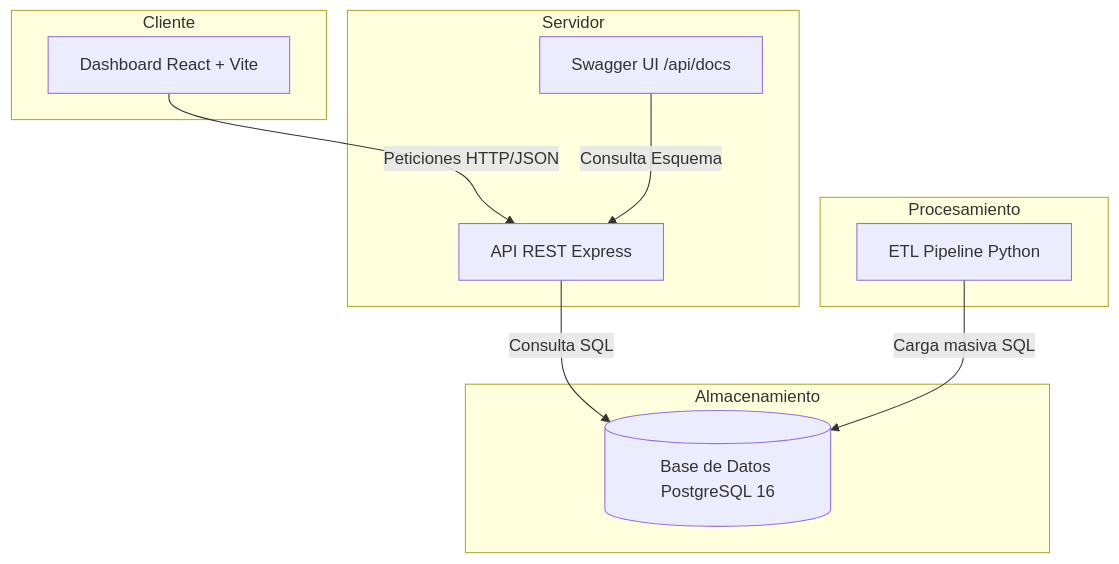
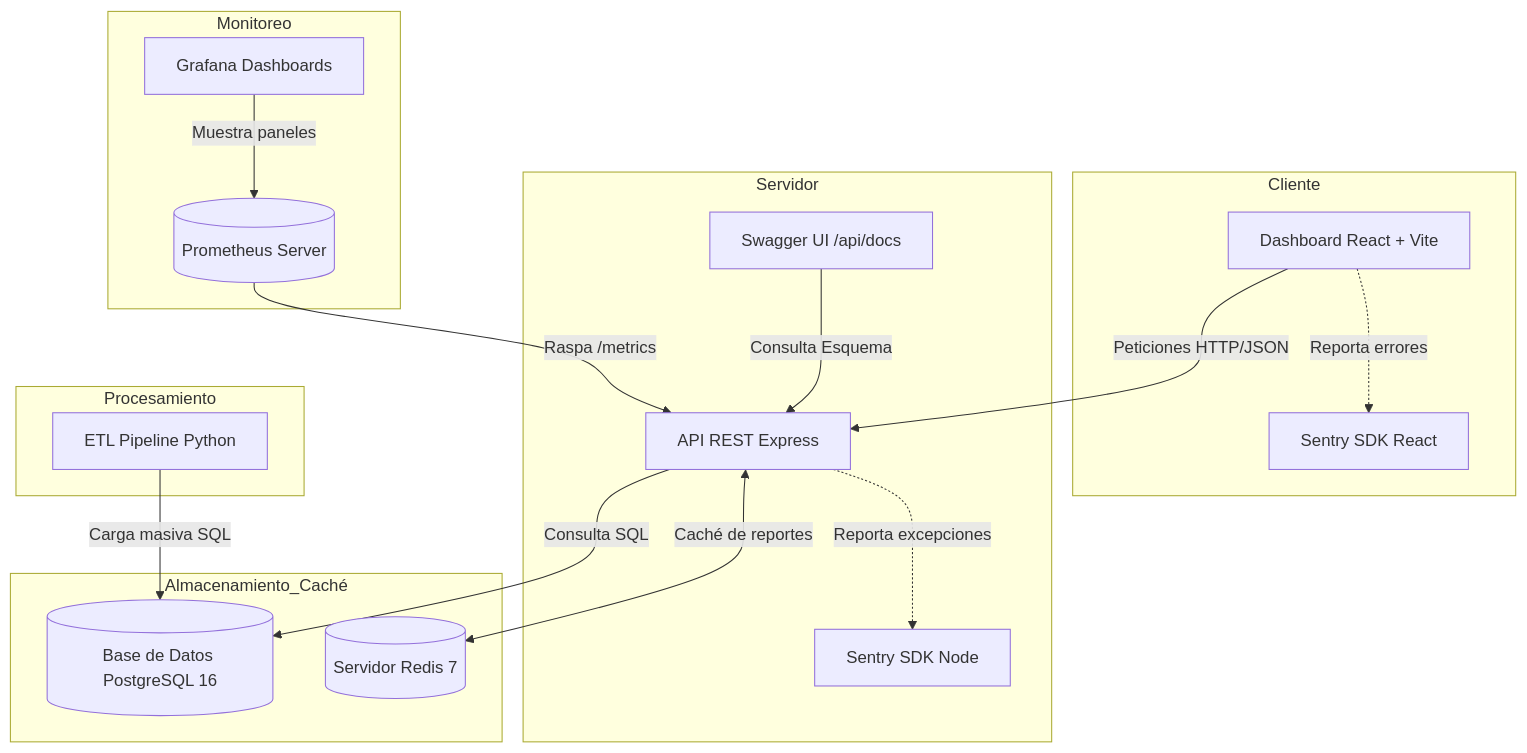
Before and after one commit to alexander-tinoco/nominas: the first of 5 diagrams in README.md, drawn with Mermaid. The commit also changed other lines of this file and 15 other files, not shown here.

Commit message:
feat(observability): integrate Redis caching, Prometheus metrics dashboards, Sentry error tracking, and update UML diagrams

````diff
--- a/README.md
+++ b/README.md
@@ -24,21 +24,33 @@
 ```mermaid
 graph TD
     subgraph Cliente
         A[Dashboard React + Vite]
+        S_Front[Sentry SDK React]
     end
     subgraph Servidor
         B[API REST Express]
         E[Swagger UI /api/docs]
+        S_Back[Sentry SDK Node]
     end
-    subgraph Almacenamiento
+    subgraph Almacenamiento_Caché
         C[(Base de Datos PostgreSQL 16)]
+        R[(Servidor Redis 7)]
+    end
+    subgraph Monitoreo
+        P[(Prometheus Server)]
+        G[Grafana Dashboards]
     end
     subgraph Procesamiento
         D[ETL Pipeline Python]
     end
 
     A -->|Peticiones HTTP/JSON| B
+    A -.->|Reporta errores| S_Front
     B -->|Consulta SQL| C
+    B <-->|Caché de reportes| R
+    B -.->|Reporta excepciones| S_Back
     E -->|Consulta Esquema| B
     D -->|Carga masiva SQL| C
+    P -->|Raspa /metrics| B
+    G -->|Muestra paneles| P
 ```
````
